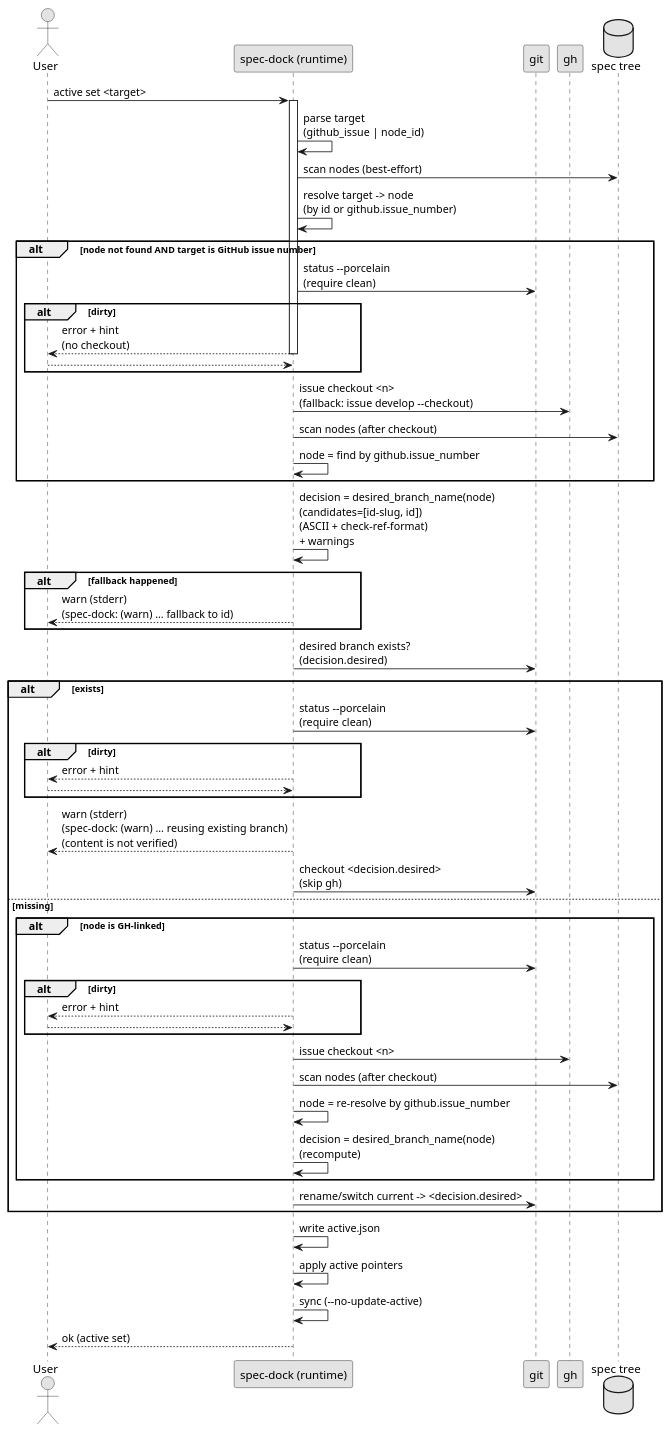
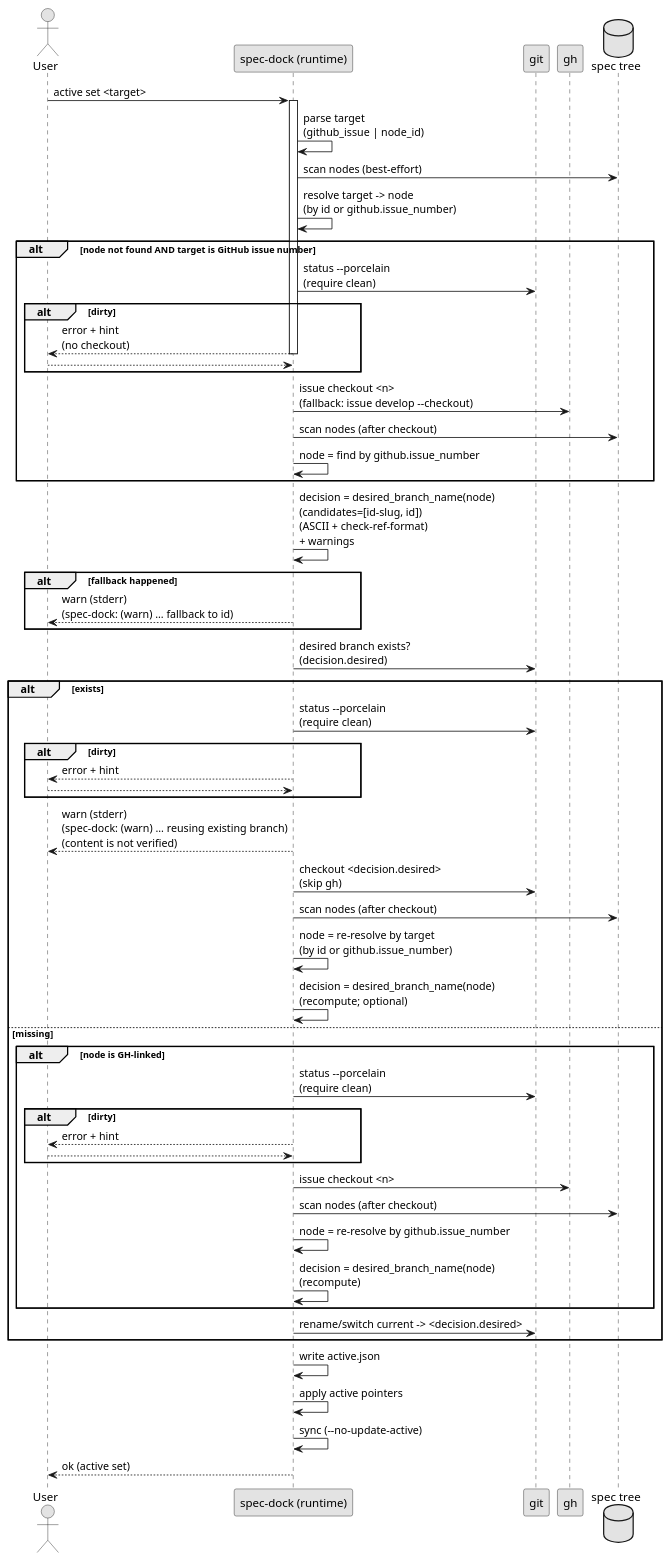
One commit to chemitaro/spec-dock changed the first of 8 diagrams in tmp/issue-5/design.md. Above: the diagram before and after it, drawn with PlantUML. The commit also changed 1 other file, not shown here.

Commit message:
docs(issue-5): design要件を更新し警告出力条件の記述を明確化 - Script → FS, Script の実行フローにノード再解決と branch 名再計算を追記 - requirement の warning 出力説明を本 Issue の追加/変更分に限定する文言へ修正

````diff
--- a/tmp/issue-5/design.md
+++ b/tmp/issue-5/design.md
@@ -77,67 +77,70 @@
 ```plantuml
 @startuml
 skinparam monochrome true
 
 actor User
 participant "spec-dock (runtime)" as Script
 participant "git" as Git
 participant "gh" as GH
 database "spec tree" as FS
 
 User -> Script: active set <target>
 activate Script
 
 Script -> Script: parse target\n(github_issue | node_id)
 Script -> FS: scan nodes (best-effort)
 Script -> Script: resolve target -> node\n(by id or github.issue_number)
 
 alt node not found AND target is GitHub issue number
   Script -> Git: status --porcelain\n(require clean)
   alt dirty
     Script --> User: error + hint\n(no checkout)
     deactivate Script
     return
   end
   Script -> GH: issue checkout <n>\n(fallback: issue develop --checkout)
   Script -> FS: scan nodes (after checkout)
   Script -> Script: node = find by github.issue_number
 end
 
 Script -> Script: decision = desired_branch_name(node)\n(candidates=[id-slug, id])\n(ASCII + check-ref-format)\n+ warnings
 alt fallback happened
   Script --> User: warn (stderr)\n(spec-dock: (warn) ... fallback to id)
 end
 
 Script -> Git: desired branch exists?\n(decision.desired)
 alt exists
   Script -> Git: status --porcelain\n(require clean)
   alt dirty
     Script --> User: error + hint
     deactivate Script
     return
   end
   Script --> User: warn (stderr)\n(spec-dock: (warn) ... reusing existing branch)\n(content is not verified)
   Script -> Git: checkout <decision.desired>\n(skip gh)
+  Script -> FS: scan nodes (after checkout)
+  Script -> Script: node = re-resolve by target\n(by id or github.issue_number)
+  Script -> Script: decision = desired_branch_name(node)\n(recompute; optional)
 else missing
   alt node is GH-linked
     Script -> Git: status --porcelain\n(require clean)
     alt dirty
       Script --> User: error + hint
       deactivate Script
       return
     end
     Script -> GH: issue checkout <n>
     Script -> FS: scan nodes (after checkout)
     Script -> Script: node = re-resolve by github.issue_number
     Script -> Script: decision = desired_branch_name(node)\n(recompute)
   end
   Script -> Git: rename/switch current -> <decision.desired>
 end
 
 Script -> Script: write active.json
 Script -> Script: apply active pointers
 Script -> Script: sync (--no-update-active)
 Script --> User: ok (active set)
 deactivate Script
 @enduml
 ```
````
